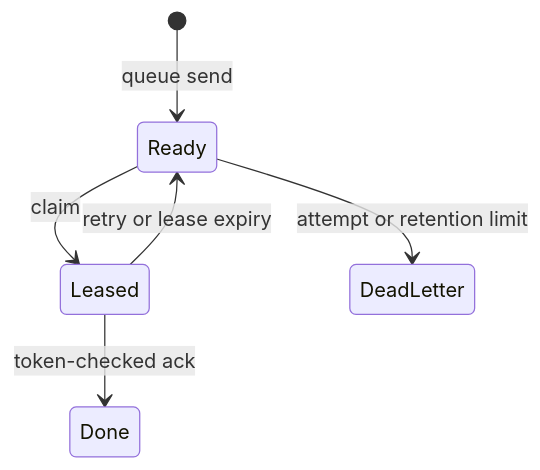
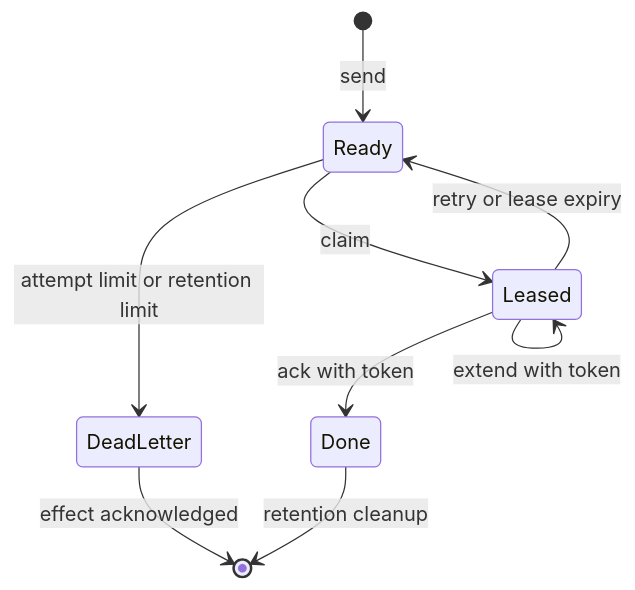
The third of 5 diagrams in crates/cellule-runtime/docs/primitives.md (andypeng2015/cellule), drawn with Mermaid before and after one commit. The commit also changed other lines of this file and 40 other files, not shown here.

````diff
--- a/crates/cellule-runtime/docs/primitives.md
+++ b/crates/cellule-runtime/docs/primitives.md
@@ -27,8 +219,11 @@
 ```mermaid
 stateDiagram-v2
-    [*] --> Ready: queue send
+    [*] --> Ready: send
     Ready --> Leased: claim
-    Leased --> Done: token-checked ack
+    Leased --> Done: ack with token
     Leased --> Ready: retry or lease expiry
-    Ready --> DeadLetter: attempt or retention limit
+    Leased --> Leased: extend with token
+    Ready --> DeadLetter: attempt limit or retention limit
+    DeadLetter --> [*]: effect acknowledged
+    Done --> [*]: retention cleanup
 ```
````
